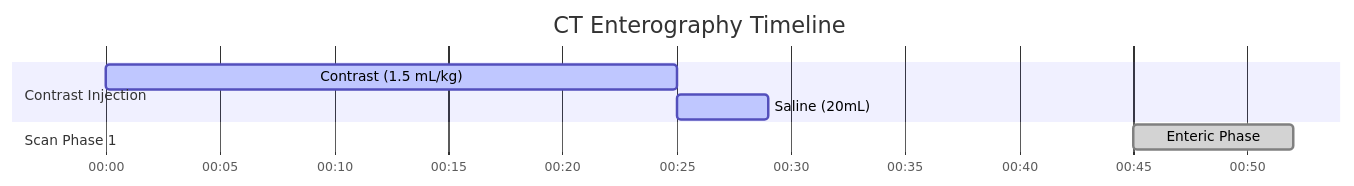
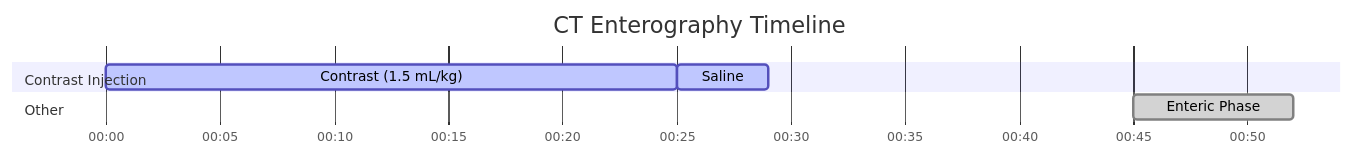
Before and after one commit to dfergs93/radiology-protocols: the diagram in docs/ct/abdomen/ct-enterography.md, drawn with Mermaid. The commit also changed other lines of this file and 101 other files, not shown here.

````diff
--- a/docs/ct/abdomen/ct-enterography.md
+++ b/docs/ct/abdomen/ct-enterography.md
@@ -82,16 +83,18 @@
   ```mermaid
   ---
+  displayMode: compact
   config:
     theme: default
+    themeCSS: " #Saline{ fill: #4ed5ff; stroke: #2094f3; } "
   ---
     gantt
       title CT Enterography Timeline
       dateFormat mm:ss
       axisFormat %M:%S 
       
       section Contrast Injection
       Contrast (1.5 mL/kg)    :active, contrast, 00:00, 25s
-      Saline (20mL)          :active, saline, after contrast, 4s
-      section Scan Phase 1
+      Saline          :active, saline, after contrast, 4s
+      section Other
       Enteric Phase    :done, scan1, 00:45, 7s
   ```
````
